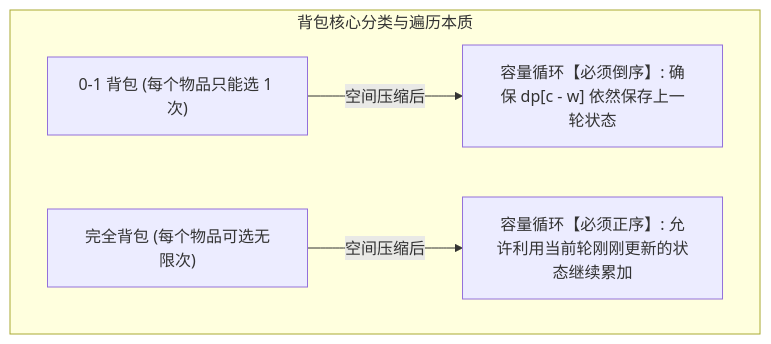
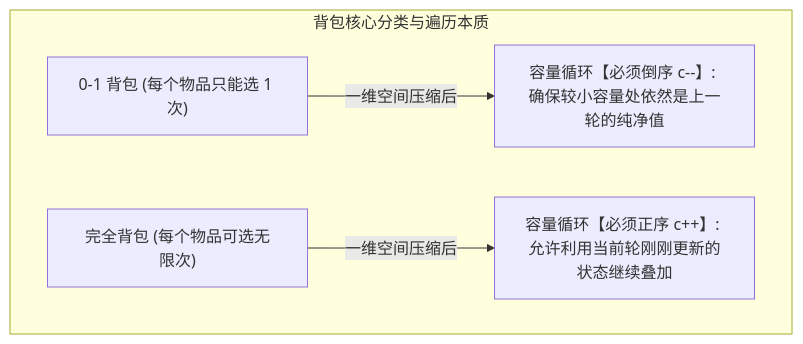
Before and after one commit to GuoWWWX/knowledge-base: the first of 2 diagrams in 30-算法与数据结构/02-算法思想/10-背包问题.md, drawn with Mermaid. The commit also changed other lines of this file, not shown here.

````diff
--- a/30-算法与数据结构/02-算法思想/10-背包问题.md
+++ b/30-算法与数据结构/02-算法思想/10-背包问题.md
@@ -23,7 +23,7 @@
 ```mermaid
 flowchart TD
     subgraph KnapsackFamily["背包核心分类与遍历本质"]
-        ZeroOne["0-1 背包 (每个物品只能选 1 次)"] -->|"空间压缩后"| ReverseLoop["容量循环【必须倒序】: 确保 dp[c - w] 依然保存上一轮状态"]
-        Complete["完全背包 (每个物品可选无限次)"] -->|"空间压缩后"| ForwardLoop["容量循环【必须正序】: 允许利用当前轮刚刚更新的状态继续累加"]
+        ZeroOne["0-1 背包 (每个物品只能选 1 次)"] -->|"一维空间压缩后"| ReverseLoop["容量循环【必须倒序 c--】: 确保较小容量处依然是上一轮的纯净值"]
+        Complete["完全背包 (每个物品可选无限次)"] -->|"一维空间压缩后"| ForwardLoop["容量循环【必须正序 c++】: 允许利用当前轮刚刚更新的状态继续叠加"]
     end
 ```
````
